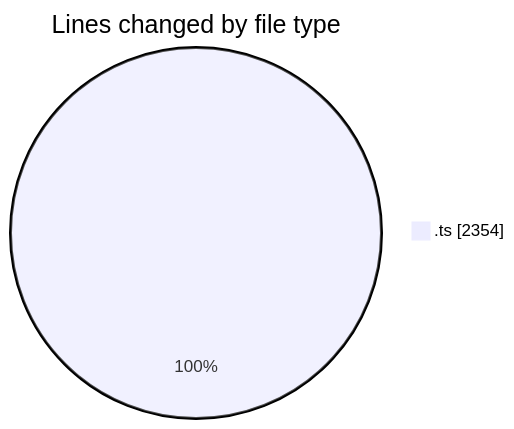
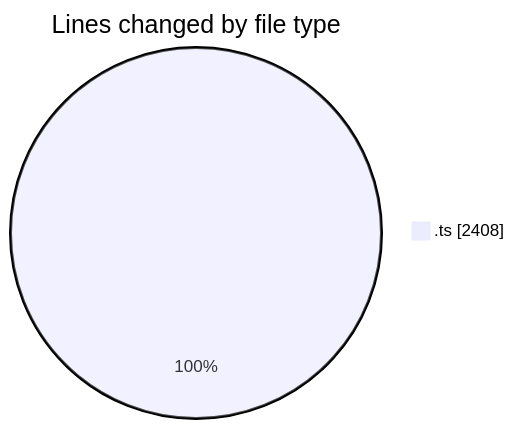
One commit to momahboobian/code-tracking changed the first of 2 diagrams in 2025-10-23/cda/README.md. Above: the diagram before and after it, drawn with Mermaid. The commit also changed other lines of this file and 1 other file, not shown here.

````diff
--- a/2025-10-23/cda/README.md
+++ b/2025-10-23/cda/README.md
@@ -23,5 +23,5 @@
 ```mermaid
 pie showData
 title Lines changed by file type
-".ts" : 2354
+".ts" : 2408
 ```
````
